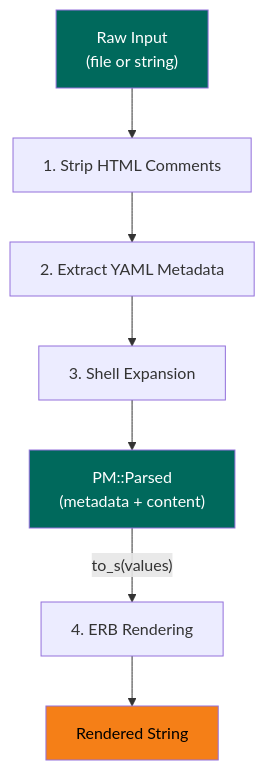
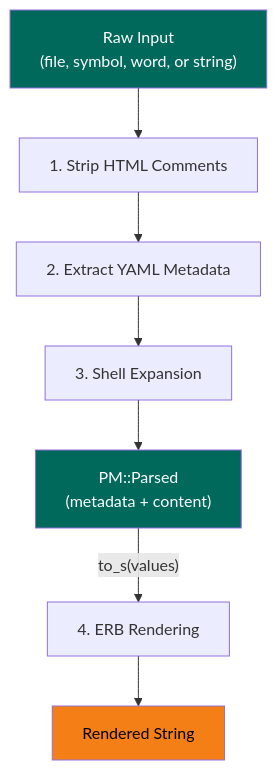
The first of 2 diagrams in docs/architecture/processing-pipeline.md (MadBomber/prompt_manager), drawn with Mermaid before and after one commit. The commit also changed 8 other files, not shown here.

First line of the commit message:
feat(parse): add support for Symbol and single word parsing

````diff
--- a/docs/architecture/processing-pipeline.md
+++ b/docs/architecture/processing-pipeline.md
@@ -7,13 +7,13 @@
 ```mermaid
 graph TD
-    A["Raw Input<br/>(file or string)"] --> B["1. Strip HTML Comments"]
+    A["Raw Input<br/>(file, symbol, word, or string)"] --> B["1. Strip HTML Comments"]
     B --> C["2. Extract YAML Metadata"]
     C --> D["3. Shell Expansion"]
     D --> E["PM::Parsed<br/>(metadata + content)"]
     E -->|"to_s(values)"| F["4. ERB Rendering"]
     F --> G["Rendered String"]
 
     style A fill:#00695c,color:#fff
     style E fill:#00695c,color:#fff
     style G fill:#f57f17,color:#000
 ```
````
